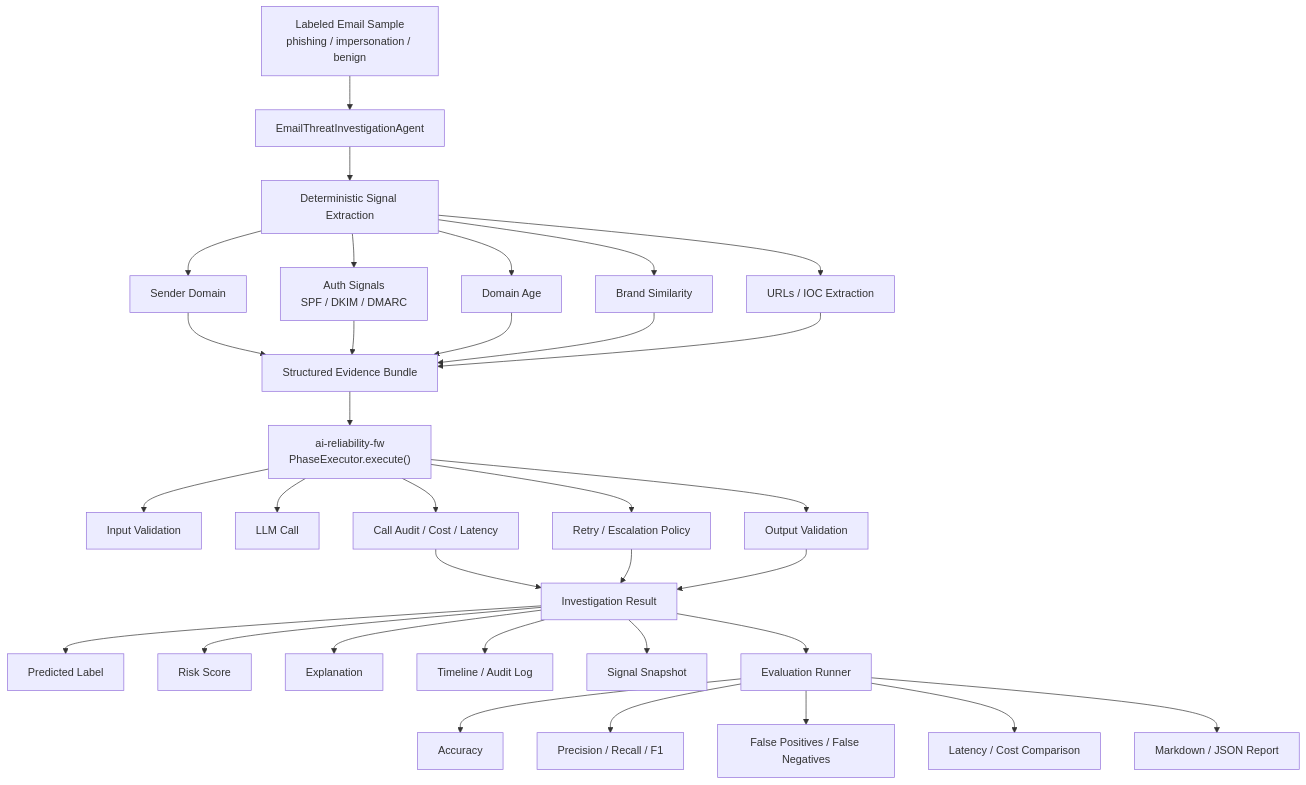
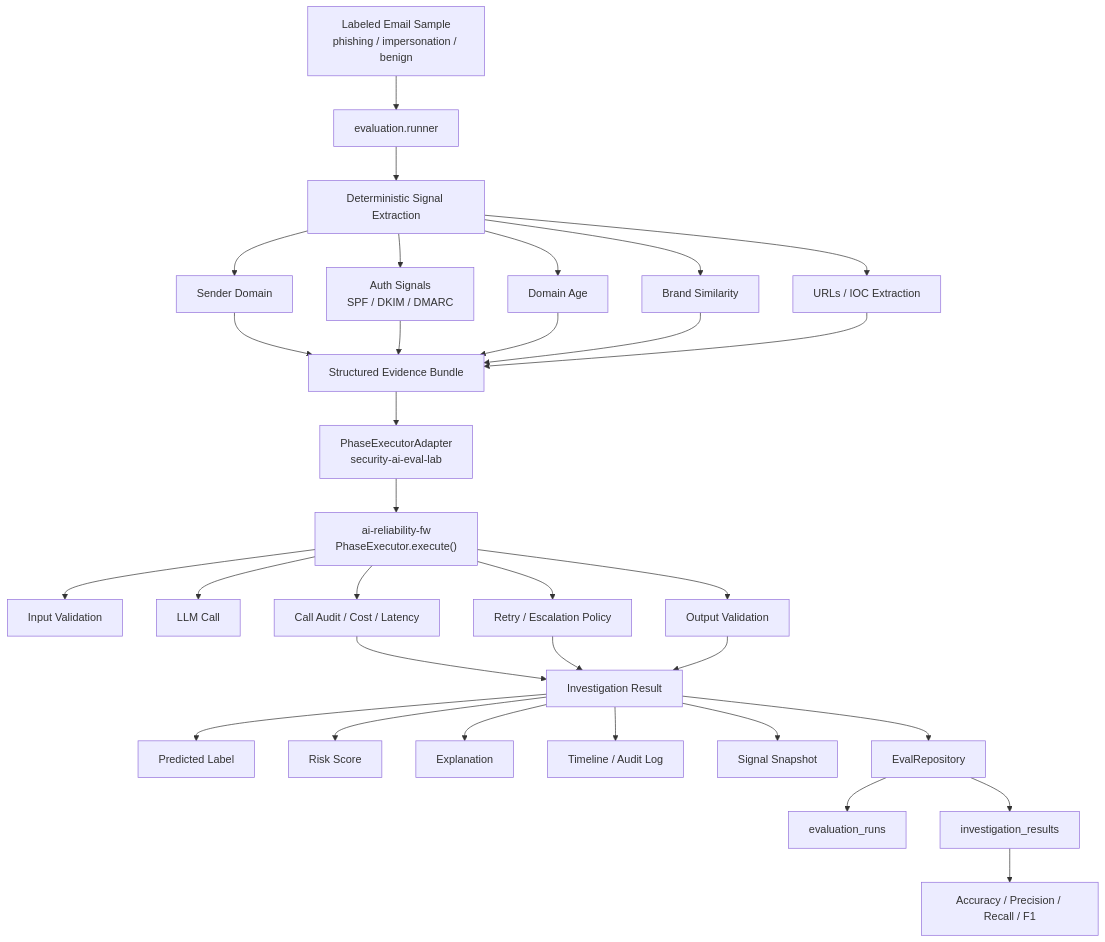
Before and after one commit to ngallodev-software/security-ai-eval-lab: the diagram in README.md, drawn with Mermaid. The commit also changed other lines of this file and 8 other files, not shown here.

Commit message:
docs: document integration boundary and architecture decisions

````diff
--- a/README.md
+++ b/README.md
@@ -35,42 +35,41 @@
 ```mermaid
 flowchart TD
-    A["Labeled Email Sample\nphishing / impersonation / benign"] --> B[EmailThreatInvestigationAgent]
+    A["Labeled Email Sample\nphishing / impersonation / benign"] --> B[evaluation.runner]
 
     B --> C[Deterministic Signal Extraction]
     C --> C1[Sender Domain]
     C --> C2["Auth Signals\nSPF / DKIM / DMARC"]
     C --> C3[Domain Age]
     C --> C4[Brand Similarity]
     C --> C5["URLs / IOC Extraction"]
 
     C1 --> D[Structured Evidence Bundle]
     C2 --> D
     C3 --> D
     C4 --> D
     C5 --> D
 
-    D --> E["ai-reliability-fw\nPhaseExecutor.execute()"]
-    E --> E1[Input Validation]
-    E --> E2[LLM Call]
-    E --> E3[Output Validation]
-    E --> E4[Retry / Escalation Policy]
-    E --> E5[Call Audit / Cost / Latency]
+    D --> E["PhaseExecutorAdapter\nsecurity-ai-eval-lab"]
+    E --> F["ai-reliability-fw\nPhaseExecutor.execute()"]
+    F --> F1[Input Validation]
+    F --> F2[LLM Call]
+    F --> F3[Output Validation]
+    F --> F4[Retry / Escalation Policy]
+    F --> F5[Call Audit / Cost / Latency]
 
-    E5 --> F[Investigation Result]
-    E4 --> F
-    E3 --> F
+    F5 --> G[Investigation Result]
+    F4 --> G
+    F3 --> G
 
-    F --> F1[Predicted Label]
-    F --> F2[Risk Score]
-    F --> F3[Explanation]
-    F --> F4[Timeline / Audit Log]
-    F --> F5[Signal Snapshot]
+    G --> G1[Predicted Label]
+    G --> G2[Risk Score]
+    G --> G3[Explanation]
+    G --> G4[Timeline / Audit Log]
+    G --> G5[Signal Snapshot]
 
-    F --> G[Evaluation Runner]
-    G --> G1[Accuracy]
-    G --> G2[Precision / Recall / F1]
-    G --> G3[False Positives / False Negatives]
-    G --> G4[Latency / Cost Comparison]
+    G --> H[EvalRepository]
+    H --> H1[evaluation_runs]
+    H --> H2[investigation_results]
 
-    G --> H[Markdown / JSON Report]
+    H2 --> I[Accuracy / Precision / Recall / F1]
 ```
````
